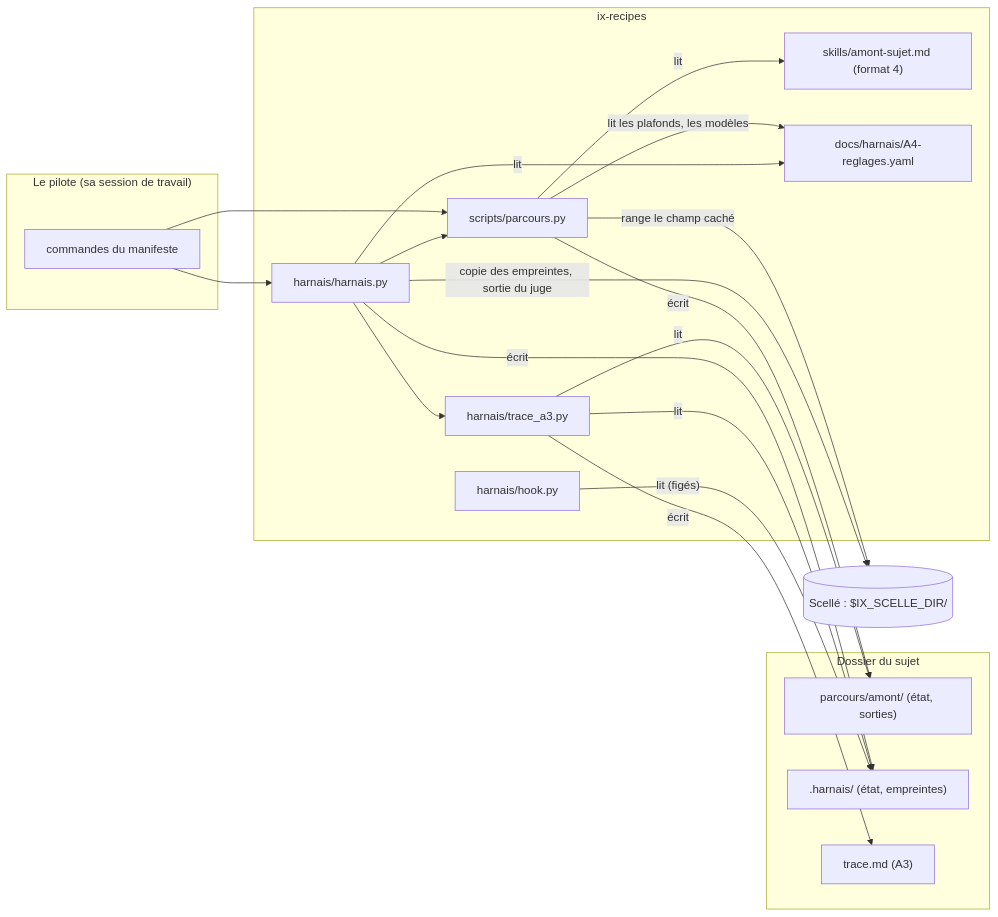
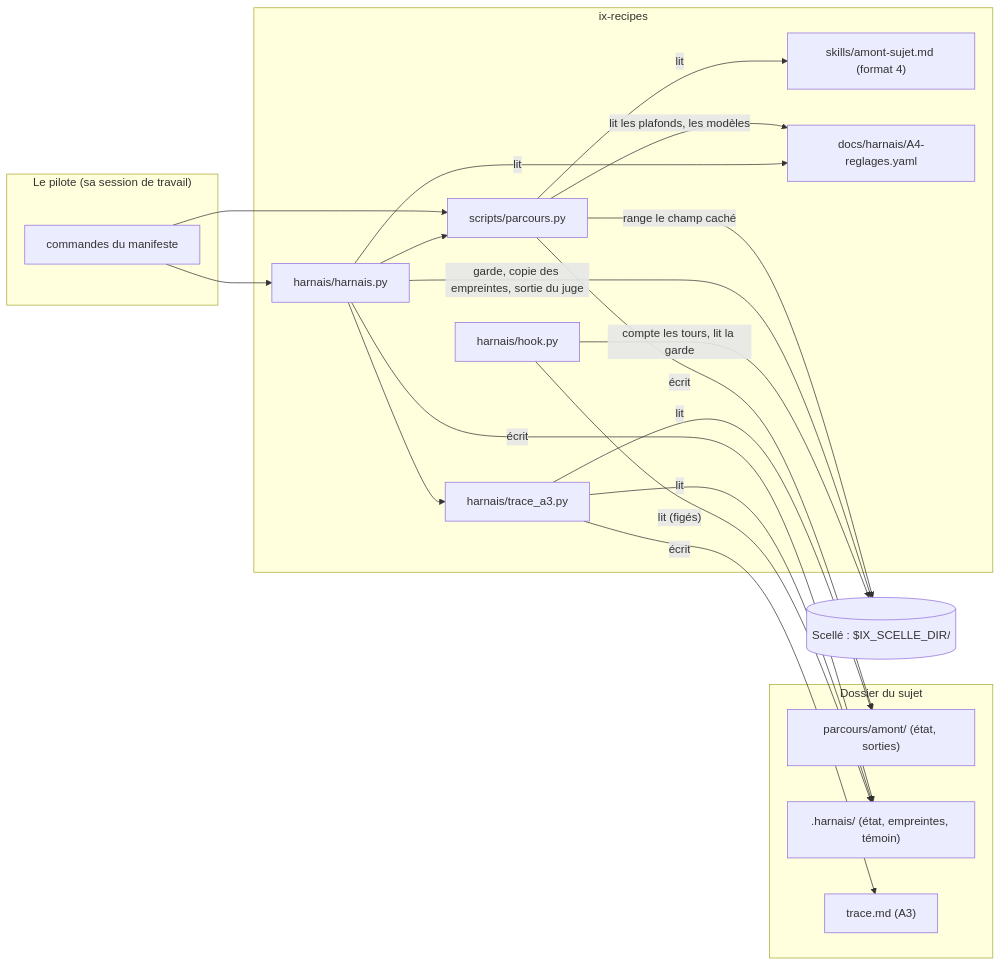
Before and after one commit to amiel-35/ix-recipes: the diagram in docs/harnais/architecture-harnais.md, drawn with Mermaid. The commit also changed other lines of this file and 12 other files, not shown here.

Commit message:
harnais B-a, correction tour 2 : plafond de tours compté par hooks, jeton hors de l'état, scellé fermé, L5/A7/A8 à jour

````diff
--- a/docs/harnais/architecture-harnais.md
+++ b/docs/harnais/architecture-harnais.md
@@ -75,35 +75,36 @@
 ```mermaid
 flowchart LR
   subgraph PI["Le pilote (sa session de travail)"]
     CMD["commandes du manifeste"]
   end
   subgraph REC["ix-recipes"]
     RC["skills/amont-sujet.md (format 4)"]
     EX["scripts/parcours.py"]
     HN["harnais/harnais.py"]
     HK["harnais/hook.py"]
     TR["harnais/trace_a3.py"]
     A4["docs/harnais/A4-reglages.yaml"]
   end
   subgraph SUJ["Dossier du sujet"]
     PA["parcours/amont/ (état, sorties)"]
-    ET[".harnais/ (état, empreintes)"]
+    ET[".harnais/ (état, empreintes, témoin)"]
     TX["trace.md (A3)"]
   end
-  SC[("Scellé : $IX_SCELLE_DIR/<sujet>")]
+  SC[("Scellé : $IX_SCELLE_DIR/<nom tiré au hasard>")]
   CMD --> HN
   CMD --> EX
   HN --> EX
   EX -- "lit" --> RC
   EX -- "lit les plafonds, les modèles" --> A4
   HN -- "lit" --> A4
   EX -- "écrit" --> PA
   EX -- "range le champ caché" --> SC
   HN -- "écrit" --> ET
-  HN -- "copie des empreintes, sortie du juge" --> SC
+  HN -- "garde, copie des empreintes, sortie du juge" --> SC
+  HK -- "compte les tours, lit la garde" --> SC
   HN --> TR
   TR -- "lit" --> PA
   TR -- "lit" --> ET
   TR -- "écrit" --> TX
   HK -- "lit (figés)" --> ET
 ```
````
